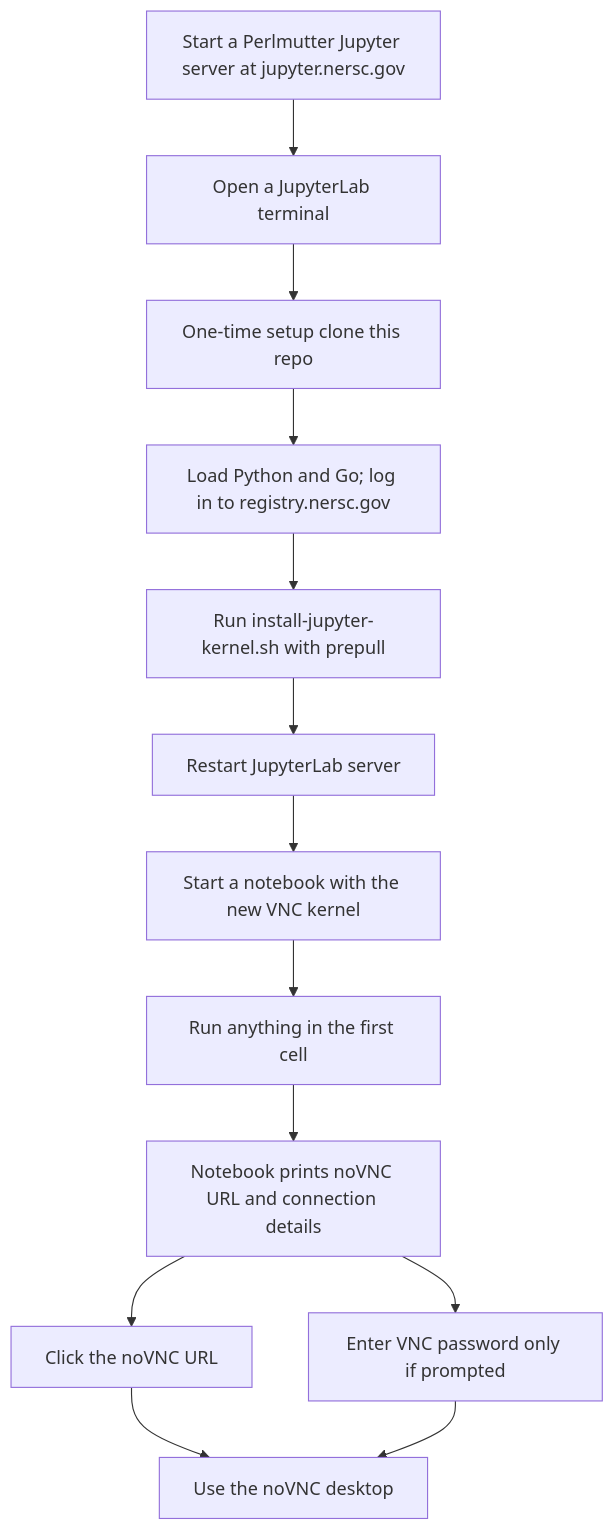
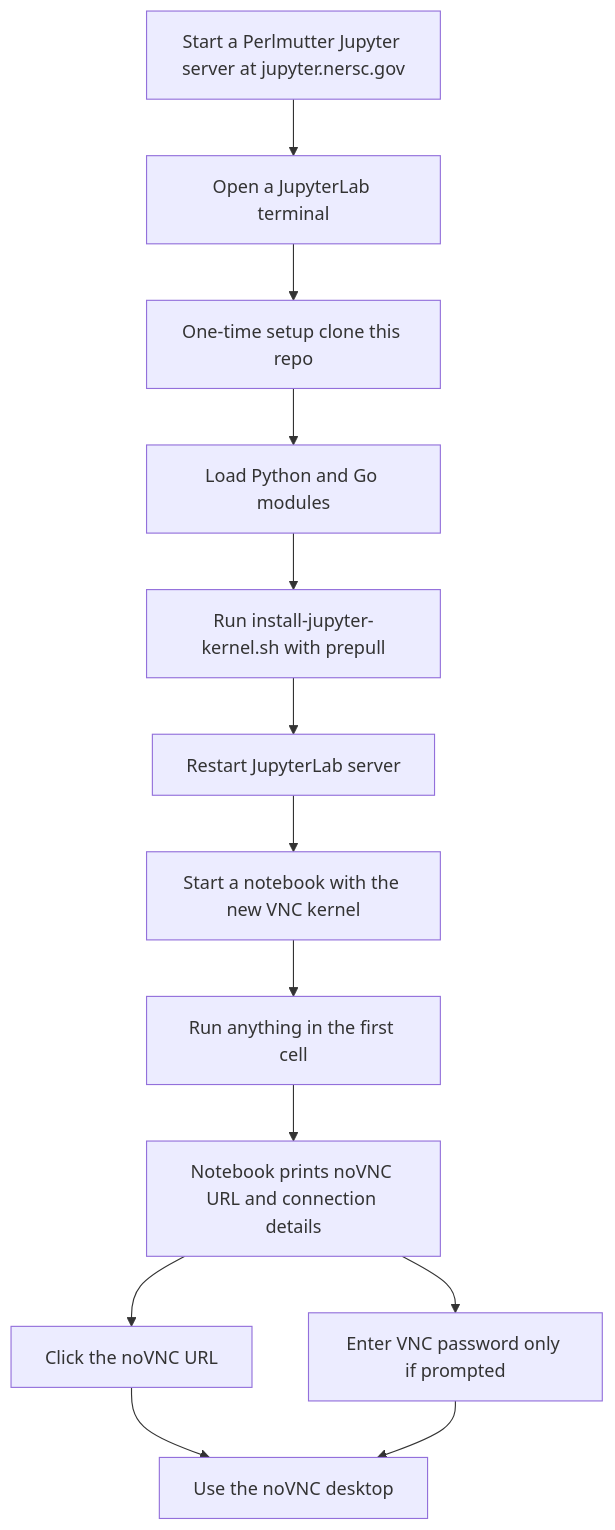
One commit to NERSC/perlmutter-desktop-containers changed the first of 4 diagrams in README.md. Above: the diagram before and after it, drawn with Mermaid. The commit also changed other lines of this file and 5 other files, not shown here.

````diff
--- a/README.md
+++ b/README.md
@@ -110,27 +108,27 @@
 ```mermaid
 flowchart TD
     login[Start a Perlmutter Jupyter server at jupyter.nersc.gov]
     terminal[Open a JupyterLab terminal]
     clone[One-time setup clone this repo]
-    registry[Load Python and Go; log in to registry.nersc.gov]
+    modules[Load Python and Go modules]
     install[Run install-jupyter-kernel.sh with prepull]
     notebook[Start a notebook with the new VNC kernel]
     firstcell[Run anything in the first cell]
     output[Notebook prints noVNC URL and connection details]
     openurl[Click the noVNC URL]
     password[Enter VNC password only if prompted]
     desktop[Use the noVNC desktop]
 
     login --> terminal
     terminal --> clone
-    clone --> registry
-    registry --> install
+    clone --> modules
+    modules --> install
     install --> restart[Restart JupyterLab server]
     restart --> notebook
     notebook --> firstcell
     firstcell --> output
     output --> openurl
     output --> password
     openurl --> desktop
     password --> desktop
 ```
````
